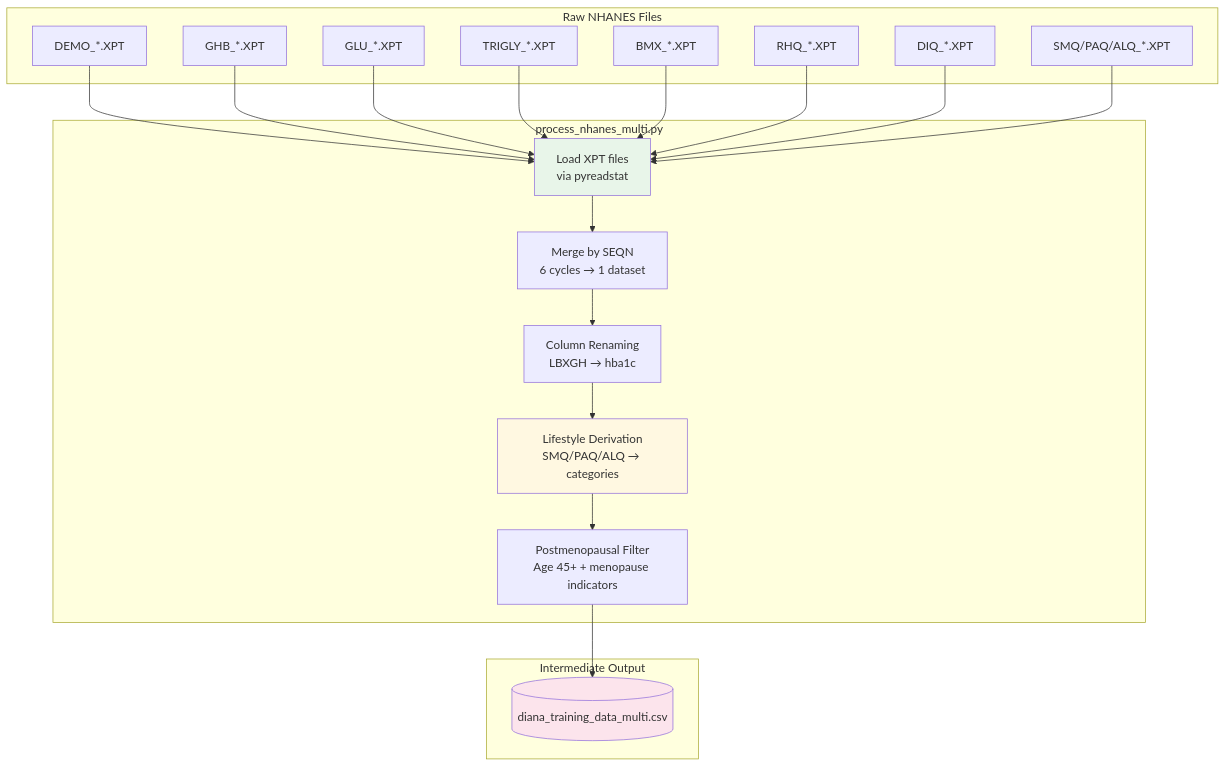
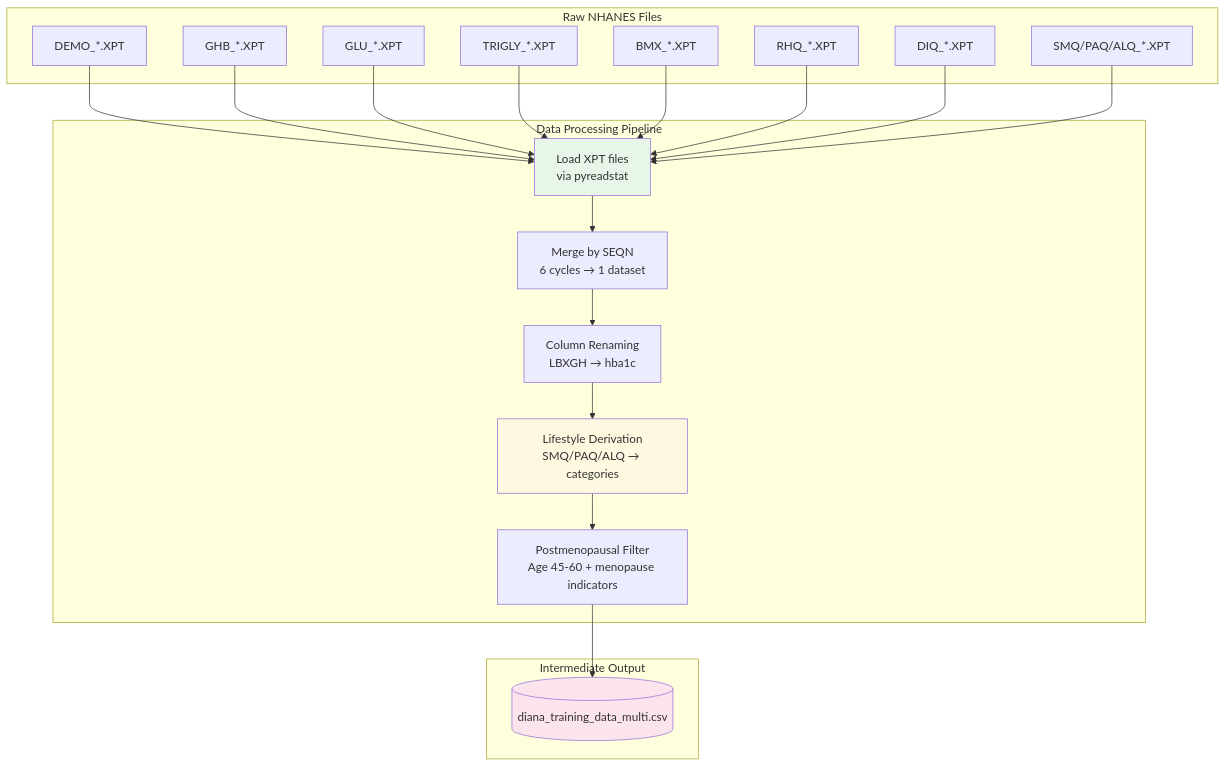
The second of 4 diagrams in METHODOLOGY.md (Skufu/DianaV2), drawn with Mermaid before and after one commit. The commit also changed other lines of this file and 8 other files, not shown here.

````diff
--- a/METHODOLOGY.md
+++ b/METHODOLOGY.md
@@ -101,40 +101,40 @@
 ```mermaid
 flowchart TB
     subgraph Input["Raw NHANES Files"]
         A1[DEMO_*.XPT]
         A2[GHB_*.XPT]
         A3[GLU_*.XPT]
         A4[TRIGLY_*.XPT]
         A5[BMX_*.XPT]
         A6[RHQ_*.XPT]
         A7[DIQ_*.XPT]
         A8[SMQ/PAQ/ALQ_*.XPT]
     end
 
-    subgraph Process["process_nhanes_multi.py"]
+    subgraph Process["Data Processing Pipeline"]
         B1[Load XPT files<br/>via pyreadstat]
         B2[Merge by SEQN<br/>6 cycles → 1 dataset]
         B3[Column Renaming<br/>LBXGH → hba1c]
         B4[Lifestyle Derivation<br/>SMQ/PAQ/ALQ → categories]
-        B5[Postmenopausal Filter<br/>Age 45+ + menopause indicators]
+        B5[Postmenopausal Filter<br/>Age 45-60 + menopause indicators]
     end
 
     subgraph Output["Intermediate Output"]
         C1[(diana_training_data_multi.csv)]
     end
 
     A1 --> B1
     A2 --> B1
     A3 --> B1
     A4 --> B1
     A5 --> B1
     A6 --> B1
     A7 --> B1
     A8 --> B1
     
     B1 --> B2 --> B3 --> B4 --> B5 --> C1
 
     style B1 fill:#e8f5e9
     style B4 fill:#fff8e1
     style C1 fill:#fce4ec
 ```
````
